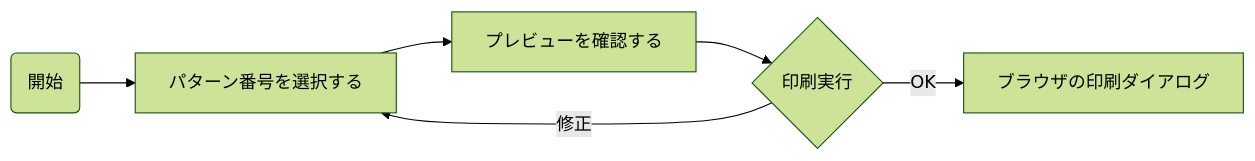
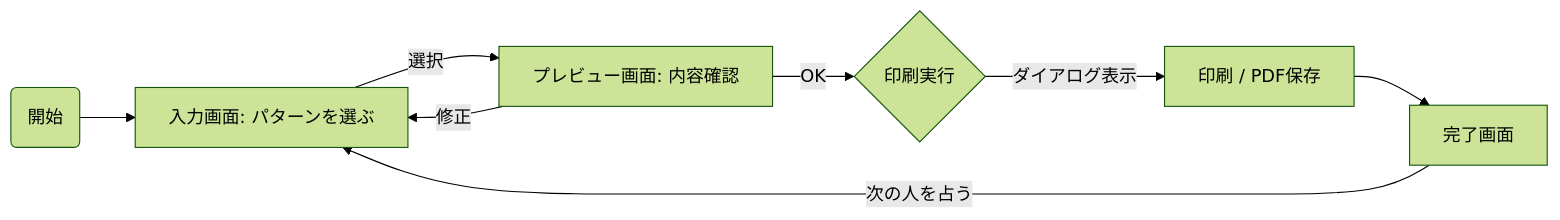
One commit to koralle/energy-boosting-colorscheme-generator changed the third of 3 diagrams in docs/model-based-ui-design/02_modeling.md. Above: the diagram before and after it, drawn with Mermaid (forest theme). The commit also changed other lines of this file and 1 other file, not shown here.

````diff
--- a/docs/model-based-ui-design/02_modeling.md
+++ b/docs/model-based-ui-design/02_modeling.md
@@ -72,8 +74,10 @@
 ```mermaid
 flowchart LR
-    Start(開始) --> SelectPattern[パターン番号を選択する]
-    SelectPattern --> CheckPreview[プレビューを確認する]
-    CheckPreview --> Print{印刷実行}
-    Print -->|OK| BrowserPrint[ブラウザの印刷ダイアログ]
-    Print -->|修正| SelectPattern
+    Start(開始) --> SelectScreen[入力画面: パターンを選ぶ]
+    SelectScreen -->|選択| PreviewScreen[プレビュー画面: 内容確認]
+    PreviewScreen -->|修正| SelectScreen
+    PreviewScreen -->|OK| Print{印刷実行}
+    Print -->|ダイアログ表示| BrowserPrint[印刷 / PDF保存]
+    BrowserPrint --> CompleteScreen[完了画面]
+    CompleteScreen -->|次の人を占う| SelectScreen
 ```
````
